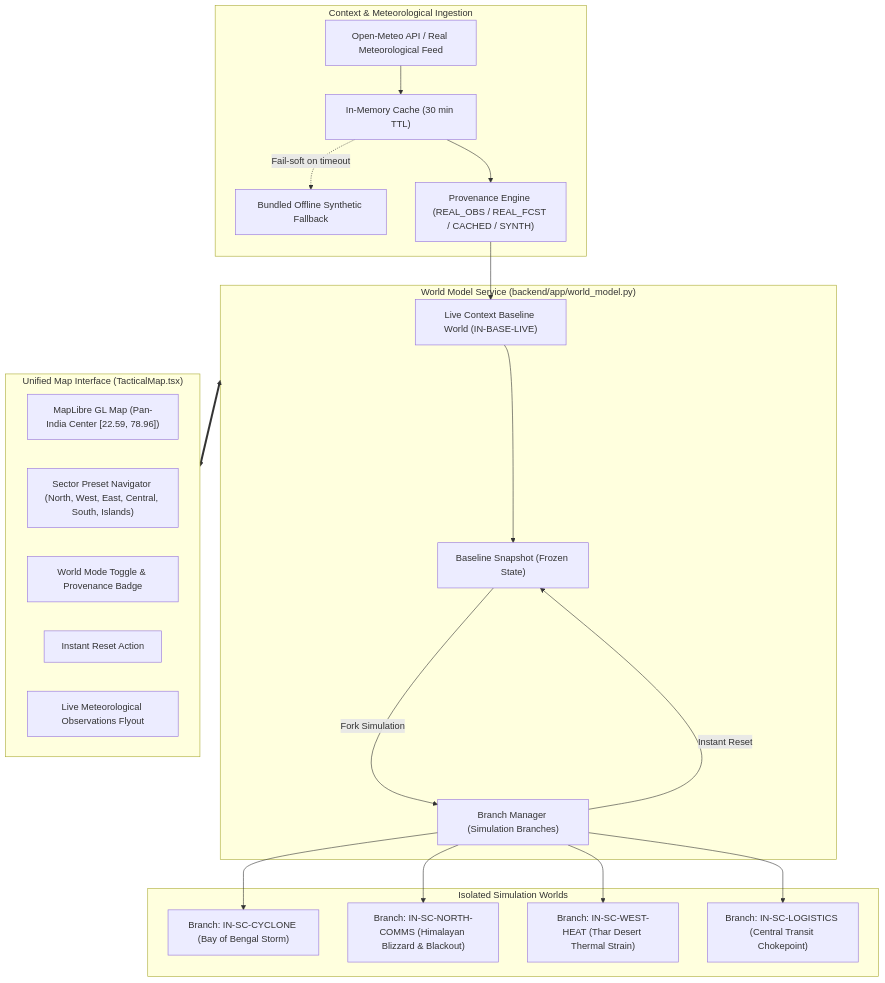
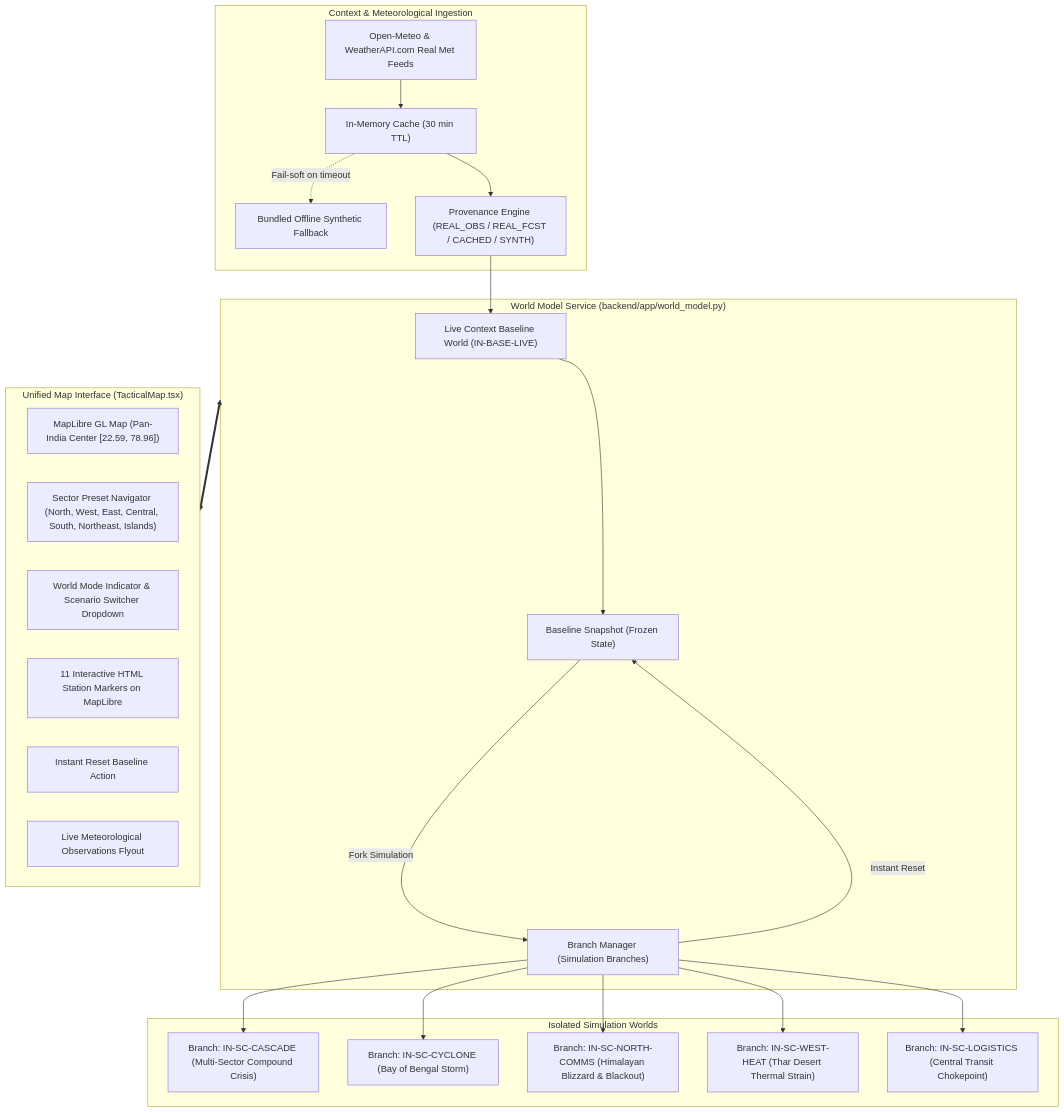
One commit to LEGIONM3/DOIP changed the diagram in DOIP_PAN_INDIA_WORLD_MODEL_REPORT.md. Above: the diagram before and after it, drawn with Mermaid. The commit also changed other lines of this file and 12 other files, not shown here.

Commit message:
feat(sim): complete Pan-India Live World Model and multi-sector Artificial Impact Simulation with subcontinent controls

````diff
--- a/DOIP_PAN_INDIA_WORLD_MODEL_REPORT.md
+++ b/DOIP_PAN_INDIA_WORLD_MODEL_REPORT.md
@@ -30,44 +31,47 @@
 ```mermaid
 graph TD
     subgraph Context_Ingestion ["Context & Meteorological Ingestion"]
-        OM["Open-Meteo API / Real Meteorological Feed"]
+        OM["Open-Meteo & WeatherAPI.com Real Met Feeds"]
         Cache["In-Memory Cache (30 min TTL)"]
         Fallback["Bundled Offline Synthetic Fallback"]
         Provenance["Provenance Engine (REAL_OBS / REAL_FCST / CACHED / SYNTH)"]
         OM --> Cache
         Cache -.->|Fail-soft on timeout| Fallback
         Cache --> Provenance
     end
 
     subgraph World_Model_Service ["World Model Service (backend/app/world_model.py)"]
         BaselineState["Live Context Baseline World (IN-BASE-LIVE)"]
         SnapshotEngine["Baseline Snapshot (Frozen State)"]
         BranchManager["Branch Manager (Simulation Branches)"]
         
         Provenance --> BaselineState
         BaselineState --> SnapshotEngine
         SnapshotEngine -->|Fork Simulation| BranchManager
         BranchManager -->|Instant Reset| SnapshotEngine
     end
 
     subgraph Simulation_Branches ["Isolated Simulation Worlds"]
+        B0["Branch: IN-SC-CASCADE (Multi-Sector Compound Crisis)"]
         B1["Branch: IN-SC-CYCLONE (Bay of Bengal Storm)"]
         B2["Branch: IN-SC-NORTH-COMMS (Himalayan Blizzard & Blackout)"]
         B3["Branch: IN-SC-WEST-HEAT (Thar Desert Thermal Strain)"]
         B4["Branch: IN-SC-LOGISTICS (Central Transit Chokepoint)"]
+        BranchManager --> B0
         BranchManager --> B1
         BranchManager --> B2
         BranchManager --> B3
         BranchManager --> B4
     end
 
     subgraph Unified_Map_Interface ["Unified Map Interface (TacticalMap.tsx)"]
         Map["MapLibre GL Map (Pan-India Center [22.59, 78.96])"]
-        SectorBar["Sector Preset Navigator (North, West, East, Central, South, Islands)"]
-        WorldBanner["World Mode Toggle & Provenance Badge"]
-        ResetBtn["Instant Reset Action"]
+        SectorBar["Sector Preset Navigator (North, West, East, Central, South, Northeast, Islands)"]
+        WorldBanner["World Mode Indicator & Scenario Switcher Dropdown"]
+        StationMarkers["11 Interactive HTML Station Markers on MapLibre"]
+        ResetBtn["Instant Reset Baseline Action"]
         MetDrawer["Live Meteorological Observations Flyout"]
     end
 
     World_Model_Service <==> Unified_Map_Interface
 ```
````
